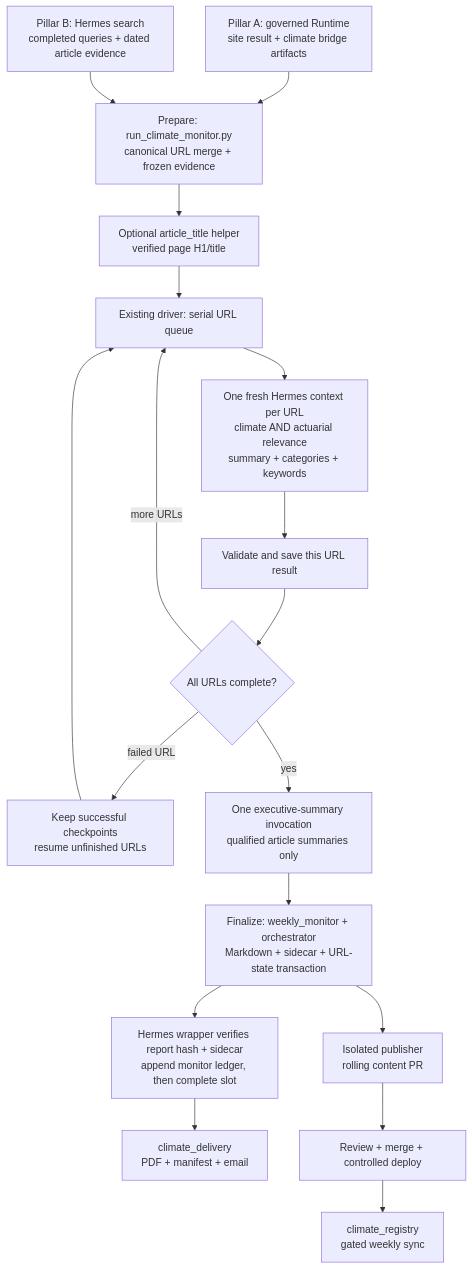
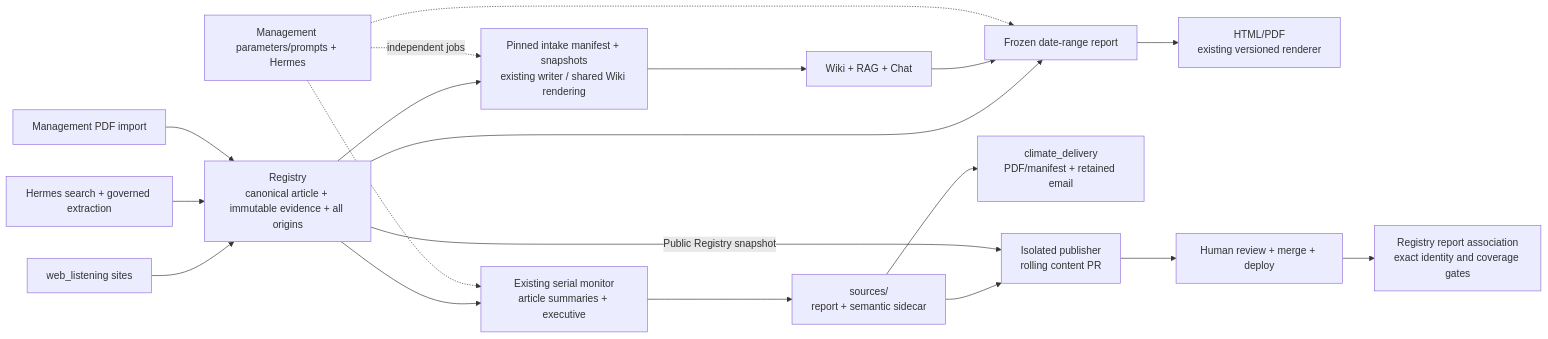
The first of 2 diagrams in README.md (ferryhe/climate_monitor_wiki), drawn with Mermaid before and after one commit. The commit also changed other lines of this file and 23 other files, not shown here.

Commit message:
refactor: unify article knowledge projection and range reports

````diff
--- a/README.md
+++ b/README.md
@@ -183,20 +188,21 @@
 ```mermaid
-flowchart TD
-    A["Pillar A: governed Runtime<br/>site result + climate bridge artifacts"] --> P
-    B["Pillar B: Hermes search<br/>completed queries + dated article evidence"] --> P
-    P["Prepare: run_climate_monitor.py<br/>canonical URL merge + frozen evidence"] --> T
-    T["Optional article_title helper<br/>verified page H1/title"] --> Q
-    Q["Existing driver: serial URL queue"] --> U
-    U["One fresh Hermes context per URL<br/>climate AND actuarial relevance<br/>summary + categories + keywords"] --> V
-    V["Validate and save this URL result"] --> N{"All URLs complete?"}
-    N -->|more URLs| Q
-    N -->|failed URL| R["Keep successful checkpoints<br/>resume unfinished URLs"]
-    R --> Q
-    N -->|yes| E["One executive-summary invocation<br/>qualified article summaries only"]
-    E --> F["Finalize: weekly_monitor + orchestrator<br/>Markdown + sidecar + URL-state transaction"]
-    F --> L["Hermes wrapper verifies report hash + sidecar<br/>append monitor ledger, then complete slot"]
-    L --> D["climate_delivery<br/>PDF + manifest + email"]
-    F --> W["Isolated publisher<br/>rolling content PR"]
-    W --> M["Review + merge + controlled deploy"]
-    M --> G["climate_registry<br/>gated weekly sync"]
+flowchart LR
+    A["web_listening sites"] --> R
+    B["Hermes search + governed extraction"] --> R
+    P["Management PDF import"] --> R
+    R["Registry<br/>canonical article + immutable evidence + all origins"] --> K
+    K["Pinned intake manifest + snapshots<br/>existing writer / shared Wiki rendering"] --> C["Wiki + RAG + Chat"]
+    R --> Q["Frozen date-range report"]
+    C --> Q
+    Q --> F["HTML/PDF<br/>existing versioned renderer"]
+    R --> M["Existing serial monitor<br/>article summaries + executive"]
+    M --> S["sources/<br/>report + semantic sidecar"]
+    S --> E["climate_delivery<br/>PDF/manifest + retained email"]
+    S --> G["Isolated publisher<br/>rolling content PR"]
+    R -->|Public Registry snapshot| G
+    G --> D["Human review + merge + deploy"]
+    D --> V["Registry report association<br/>exact identity and coverage gates"]
+    H["Management parameters/prompts + Hermes"] -. "independent jobs" .-> K
+    H -.-> M
+    H -.-> Q
 ```
````
